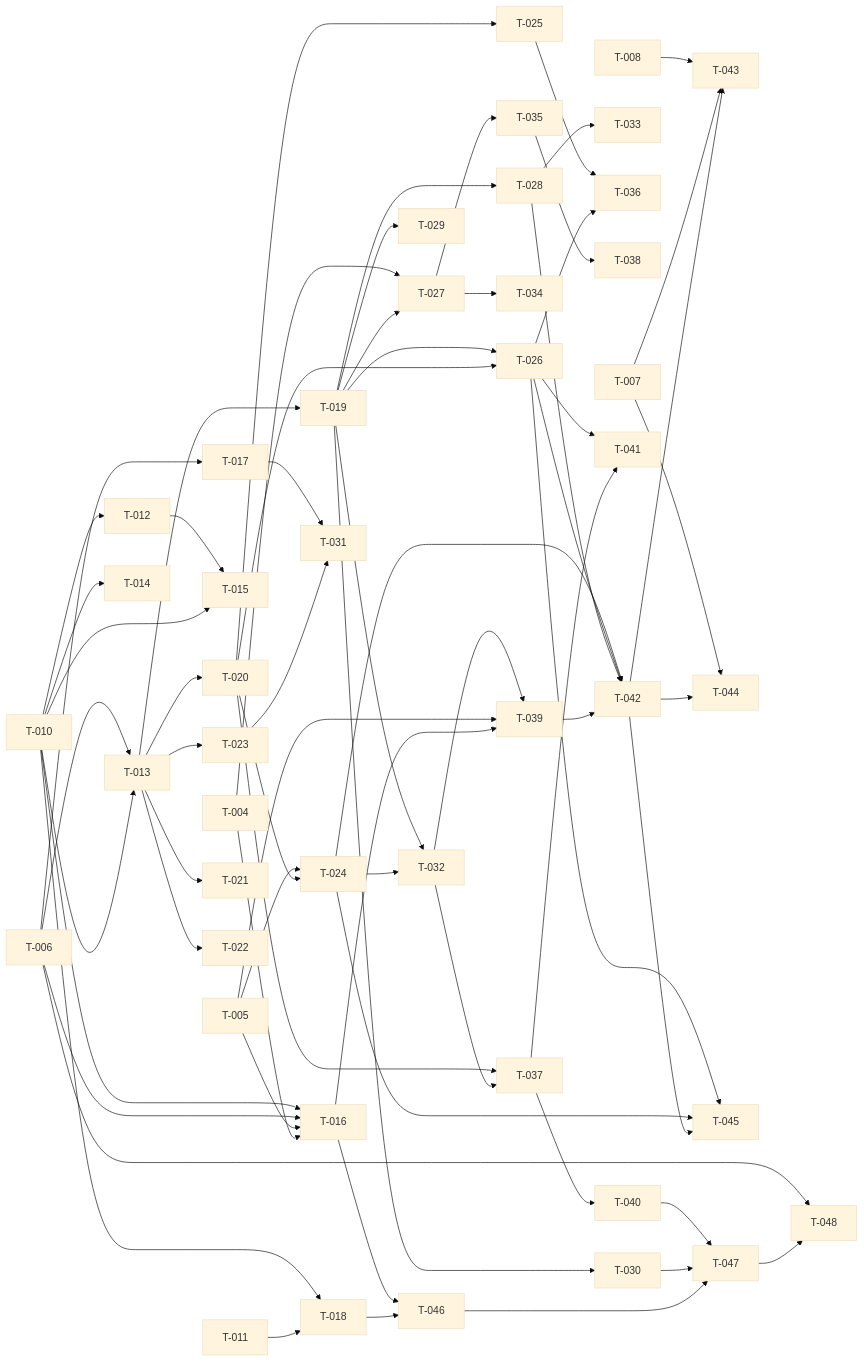
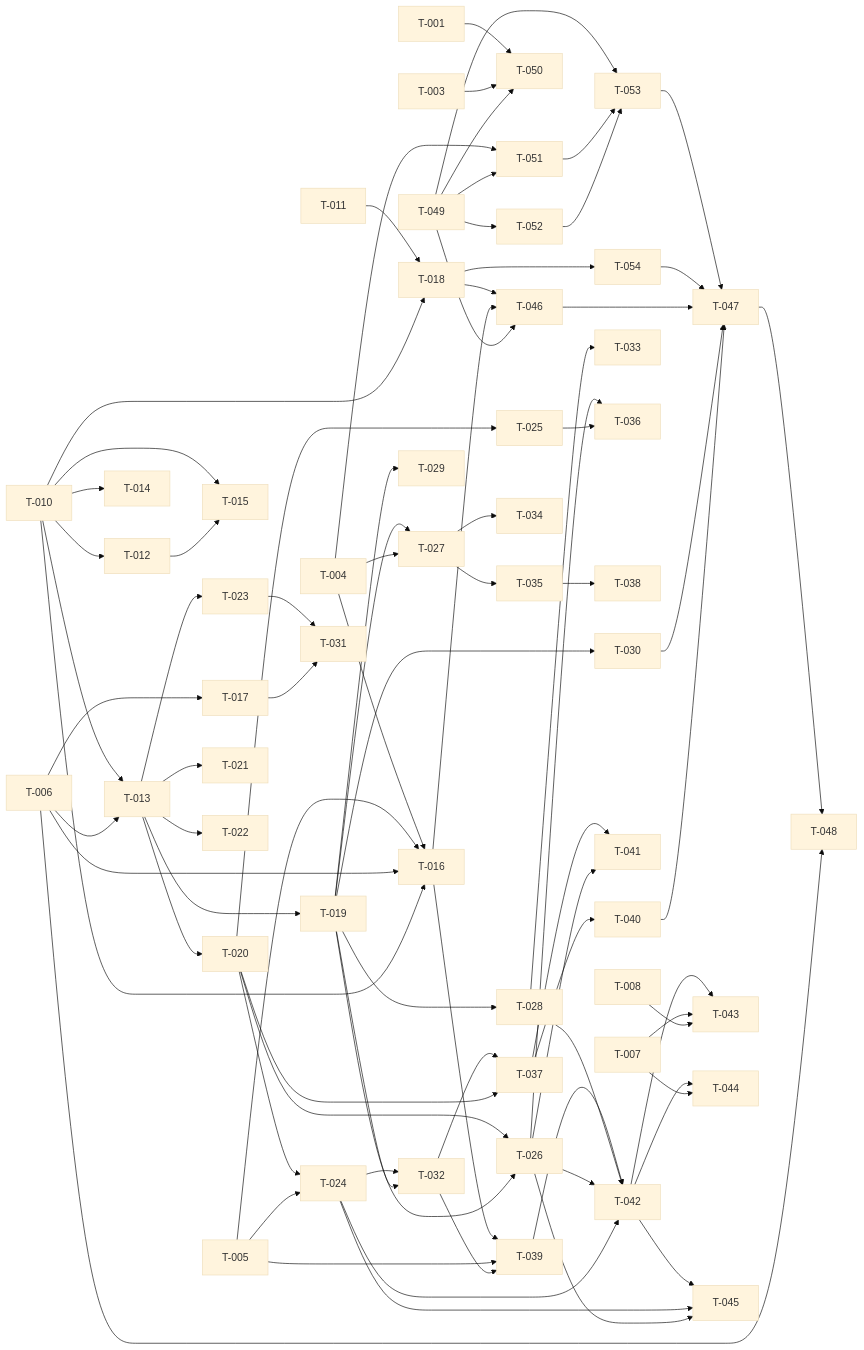
The diagram in context/plans/build-site.md (NotAlexNoyle/Jihad-Browser), drawn with Mermaid (base theme) before and after one commit. The commit also changed other lines of this file and 15 other files, not shown here.

First line of the commit message:
Plan: add Mochi (Enyo 2) UI variant + second .ipk + TouchPad Go

```diff
--- a/context/plans/build-site.md
+++ b/context/plans/build-site.md
@@ -313,6 +347,20 @@
     T-013 --> T-023
     T-018 --> T-046
     T-016 --> T-046
+    T-049 --> T-046
+    %% Mochi UI track + two-ipk / TouchPad Go
+    T-001 --> T-050
+    T-003 --> T-050
+    T-049 --> T-050
+    T-004 --> T-051
+    T-049 --> T-051
+    T-049 --> T-052
+    T-049 --> T-053
+    T-051 --> T-053
+    T-052 --> T-053
+    T-018 --> T-054
+    T-053 --> T-047
+    T-054 --> T-047
     %% Tier 2 -> 3
     T-020 --> T-024
     T-005 --> T-024
```
